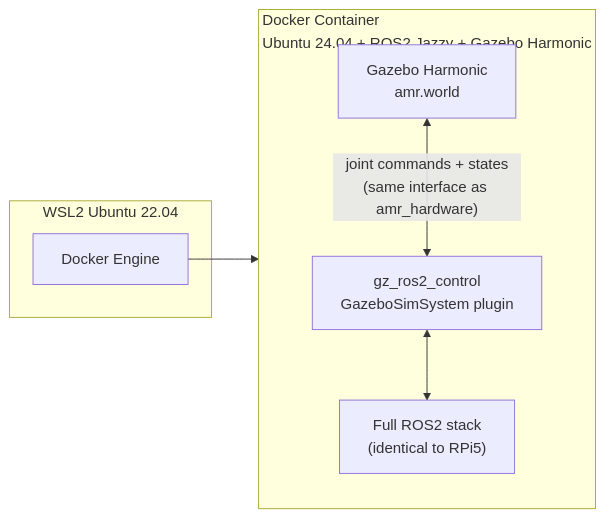
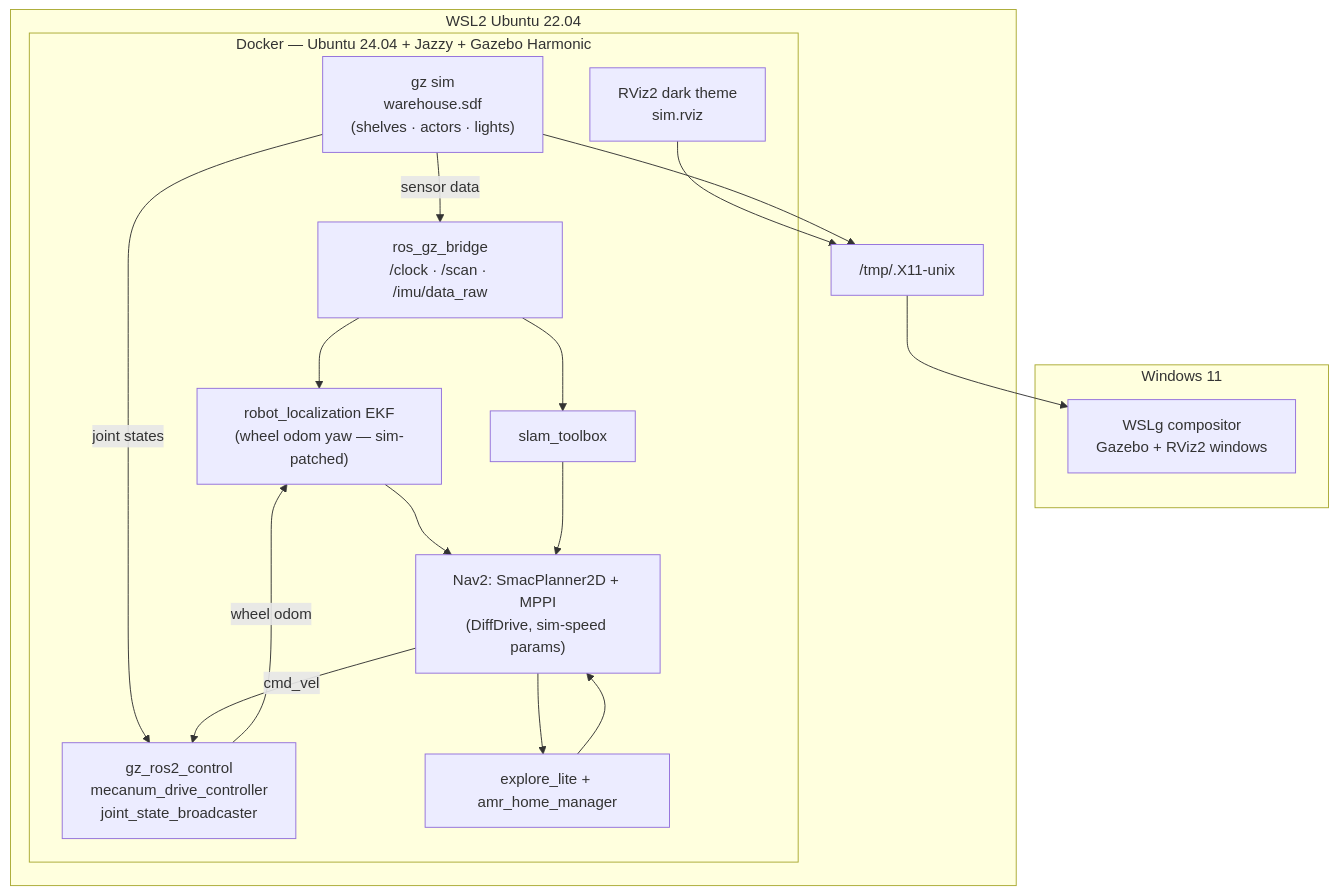
Before and after one commit to mohammedryn/Aurora---Autonomous-Mobile-Robot: diagram 16 of 17 in docs/software_stack.md, drawn with Mermaid. The commit also changed other lines of this file and 2 other files, not shown here.

Commit message:
docs: log Phase 8 sim work (Section 35), update software_stack sim section, refresh context_prompt

````diff
--- a/docs/software_stack.md
+++ b/docs/software_stack.md
@@ -862,16 +875,34 @@
 ```mermaid
-graph LR
-    subgraph WSL2["WSL2 Ubuntu 22.04"]
-        DC["Docker Engine"]
+flowchart TB
+    subgraph WIN["Windows 11"]
+        WSLg["WSLg compositor\nGazebo + RViz2 windows"]
     end
 
-    subgraph Container["Docker Container\nUbuntu 24.04 + ROS2 Jazzy + Gazebo Harmonic"]
-        GZ["Gazebo Harmonic\namr.world"]
-        GZC["gz_ros2_control\nGazeboSimSystem plugin"]
-        ROS2SIM["Full ROS2 stack\n(identical to RPi5)"]
+    subgraph WSL2["WSL2 Ubuntu 22.04"]
+        subgraph Docker["Docker — Ubuntu 24.04 + Jazzy + Gazebo Harmonic"]
+            GZ["gz sim\nwarehouse.sdf\n(shelves · actors · lights)"]
+            BRIDGE["ros_gz_bridge\n/clock · /scan · /imu/data_raw"]
+            GZC["gz_ros2_control\nmecanum_drive_controller\njoint_state_broadcaster"]
+            EKF["robot_localization EKF\n(wheel odom yaw — sim-patched)"]
+            SLAM["slam_toolbox"]
+            NAV["Nav2: SmacPlanner2D + MPPI\n(DiffDrive, sim-speed params)"]
+            EXPLORE["explore_lite + amr_home_manager"]
+            RVIZ["RViz2 dark theme\nsim.rviz"]
+        end
+        X11["/tmp/.X11-unix"]
     end
 
-    DC --> Container
-    GZ <-->|"joint commands + states\n(same interface as amr_hardware)"| GZC
-    GZC <--> ROS2SIM
+    GZ -->|sensor data| BRIDGE
+    GZ -->|joint states| GZC
+    BRIDGE --> EKF
+    BRIDGE --> SLAM
+    GZC -->|wheel odom| EKF
+    EKF --> NAV
+    SLAM --> NAV
+    NAV --> EXPLORE
+    EXPLORE --> NAV
+    NAV -->|cmd_vel| GZC
+    RVIZ --> X11
+    GZ --> X11
+    X11 --> WSLg
 ```
````
